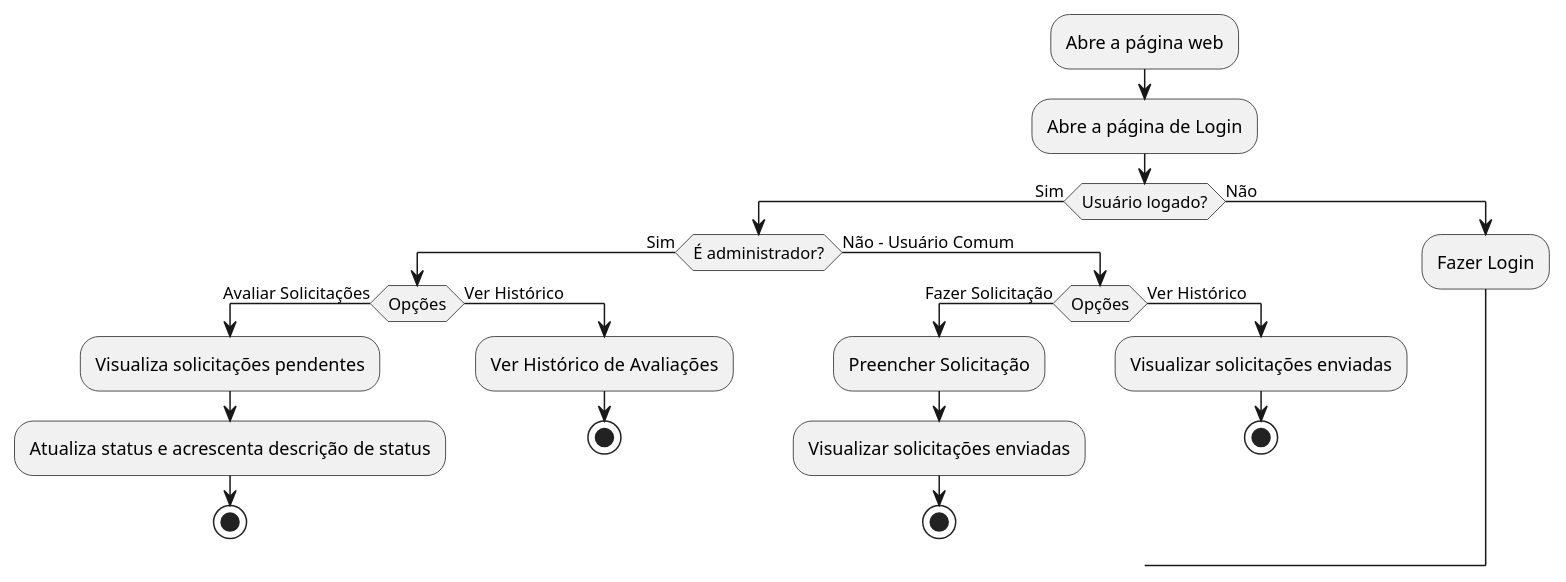
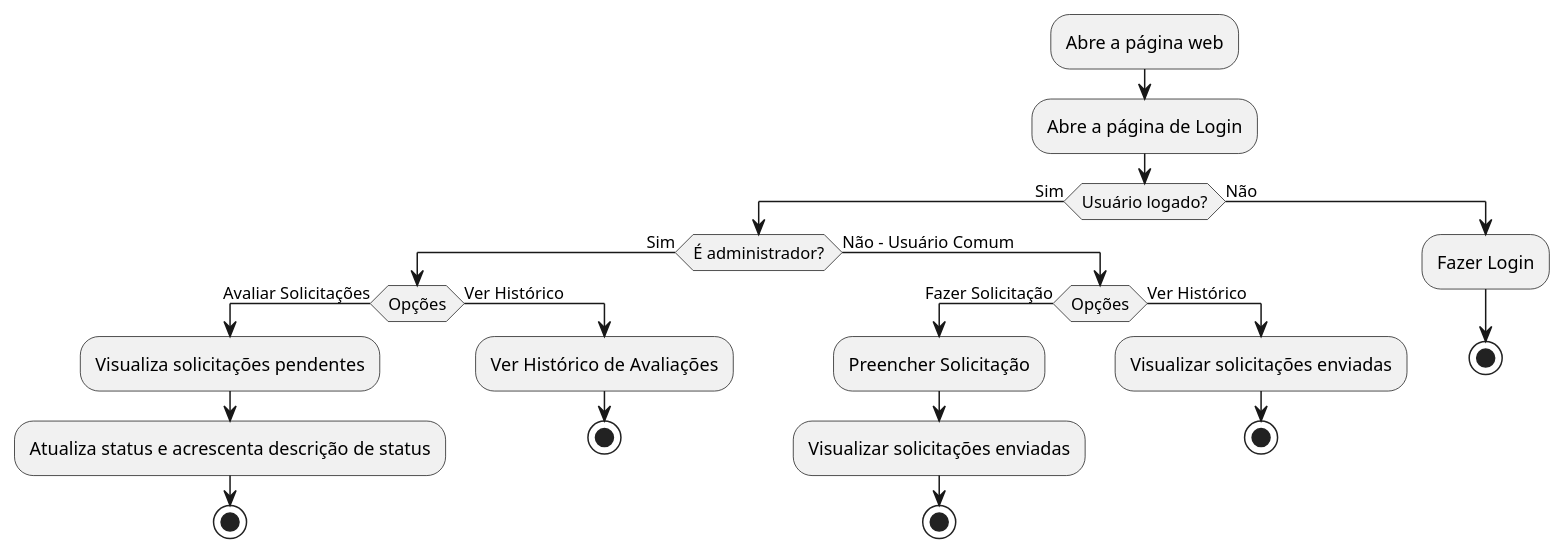
Before and after one commit to RenataArdito/Alerta-ADS: the diagram in ActivityDiagram.md, drawn with PlantUML.

````diff
--- a/ActivityDiagram.md
+++ b/ActivityDiagram.md
@@ -1,32 +1,33 @@
 ```plantuml
 @startuml
 
 :Abre a página web;
 :Abre a página de Login;
 
 if (Usuário logado?) then (Sim)
     if (É administrador?) then (Sim)
         if (Opções) then (Avaliar Solicitações)
             :Visualiza solicitações pendentes;
             :Atualiza status e acrescenta descrição de status;
             stop
         else (Ver Histórico)
             :Ver Histórico de Avaliações;
             stop
         endif
     else (Não - Usuário Comum)
         if (Opções) then (Fazer Solicitação)
             :Preencher Solicitação;
             :Visualizar solicitações enviadas;
             stop
         else (Ver Histórico)
             :Visualizar solicitações enviadas;
             stop
         endif
     endif
 else (Não)
     :Fazer Login;
+    stop
 endif
 
 @enduml
 ```
````
